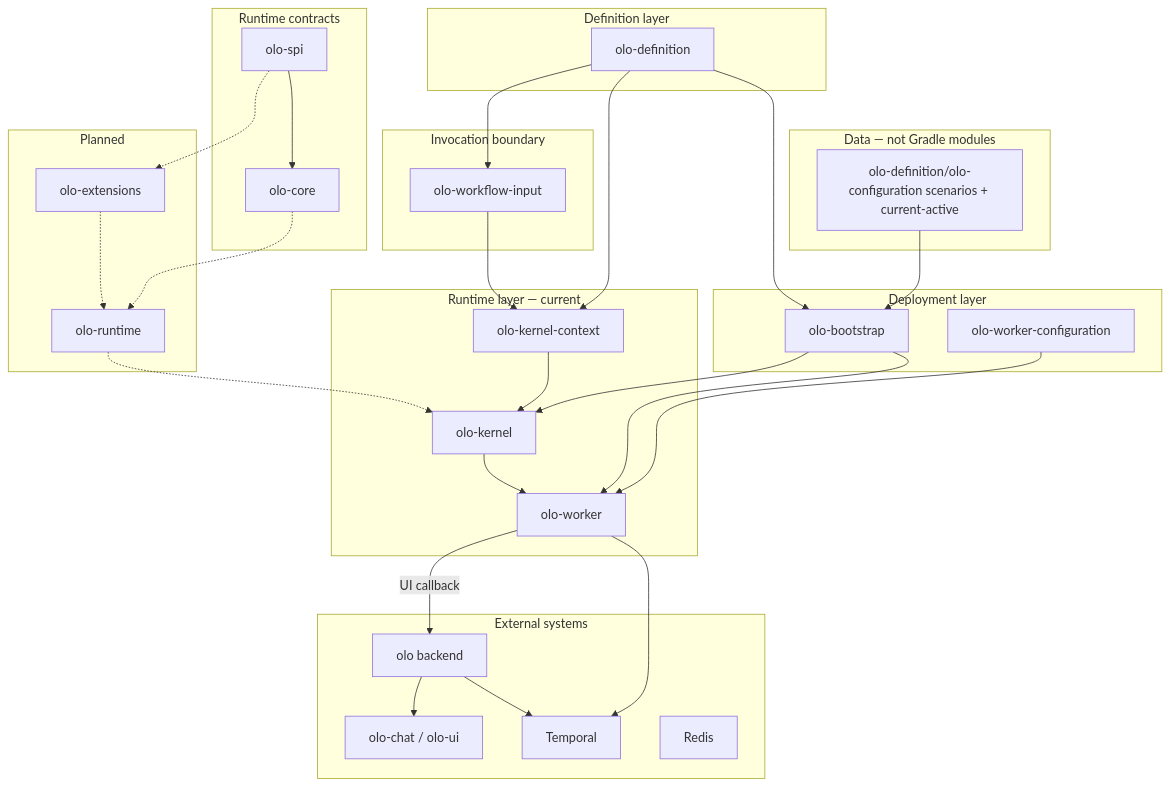
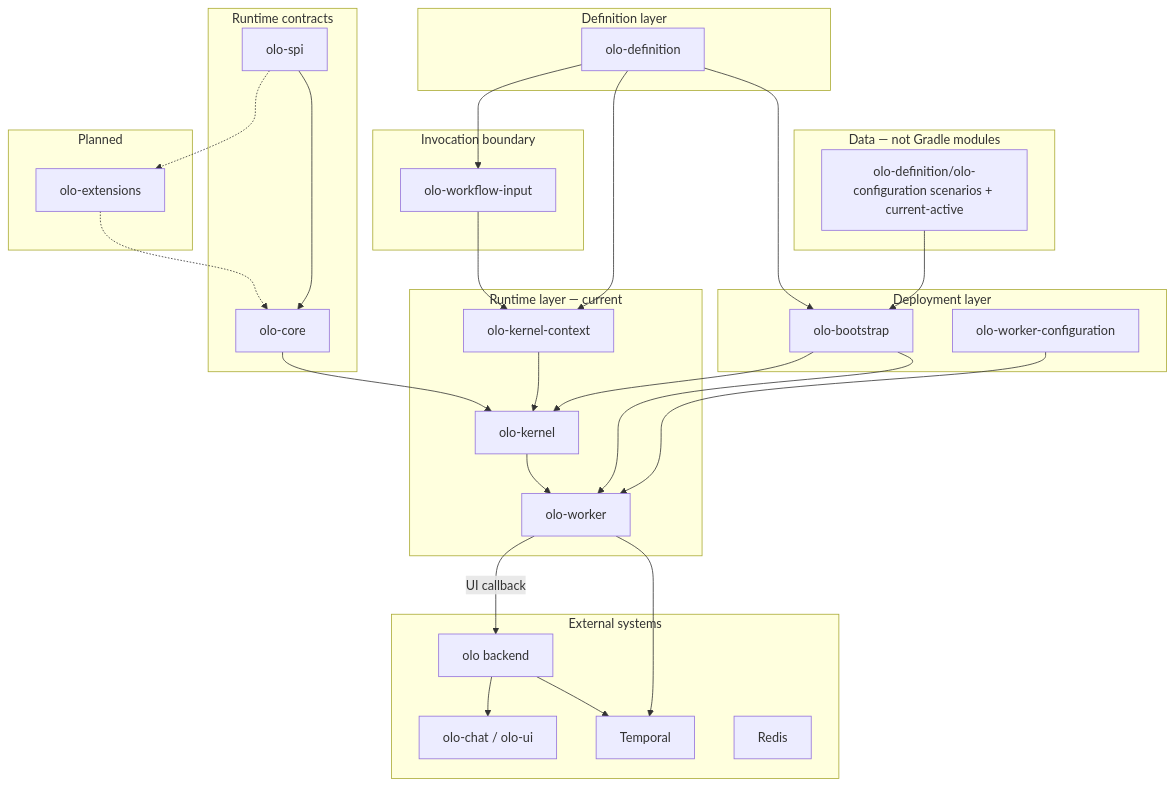
One commit to olo-labs/olo-mono changed the first of 3 diagrams in docs/ARCHITECTURE.md. Above: the diagram before and after it, drawn with Mermaid. The commit also changed other lines of this file and 74 other files, not shown here.

````diff
--- a/docs/ARCHITECTURE.md
+++ b/docs/ARCHITECTURE.md
@@ -18,62 +18,60 @@
 ```mermaid
 flowchart TB
     subgraph external [External systems]
         UI[olo-chat / olo-ui]
         API[olo backend]
         TMP[Temporal]
         REDIS[Redis]
     end
 
     subgraph data [Data — not Gradle modules]
         CFG[olo-definition/olo-configuration scenarios + current-active]
     end
 
     subgraph definition [Definition layer]
         OD[olo-definition]
     end
 
     subgraph boundary [Invocation boundary]
         OWI[olo-workflow-input]
     end
 
     subgraph deploy [Deployment layer]
         OWC[olo-worker-configuration]
         OB[olo-bootstrap]
     end
 
     subgraph runtime [Runtime layer — current]
         OKC[olo-kernel-context]
         OK[olo-kernel]
         OW[olo-worker]
     end
 
     subgraph contracts [Runtime contracts]
         SPI[olo-spi]
         OC[olo-core]
     end
 
     subgraph planned [Planned]
-        OR[olo-runtime]
         OE[olo-extensions]
     end
 
     CFG --> OB
     OD --> OWI
     OD --> OB
     OD --> OKC
     OWI --> OKC
     OWC --> OW
     OB --> OW
     OB --> OK
     OKC --> OK
     OK --> OW
     OW --> TMP
     API --> TMP
     API --> UI
     OW -->|UI callback| API
+    OC --> OK
     SPI --> OC
-    OC -.-> OR
     SPI -.-> OE
-    OR -.-> OK
-    OE -.-> OR
+    OE -.-> OC
 ```
````
